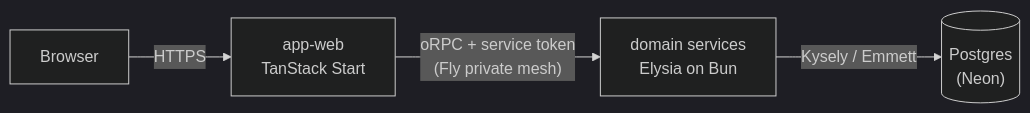
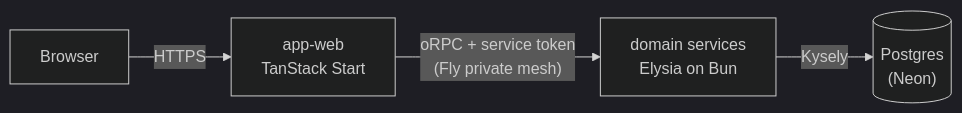
The diagram in docs/overview.md (zgeoff/vers), drawn with Mermaid (dark theme) before and after one commit. The commit also changed other lines of this file and 1 other file, not shown here.

First line of the commit message:
docs: record activity checkpoint store as per-event append-only postgres

````diff
--- a/docs/overview.md
+++ b/docs/overview.md
@@ -15,6 +15,6 @@
 ```mermaid
 flowchart LR
     B[Browser] -->|HTTPS| W["app-web<br>TanStack Start"]
     W -->|"oRPC + service token<br>(Fly private mesh)"| S["domain services<br>Elysia on Bun"]
-    S -->|Kysely / Emmett| P[("Postgres<br>(Neon)")]
+    S -->|Kysely| P[("Postgres<br>(Neon)")]
 ```
````
